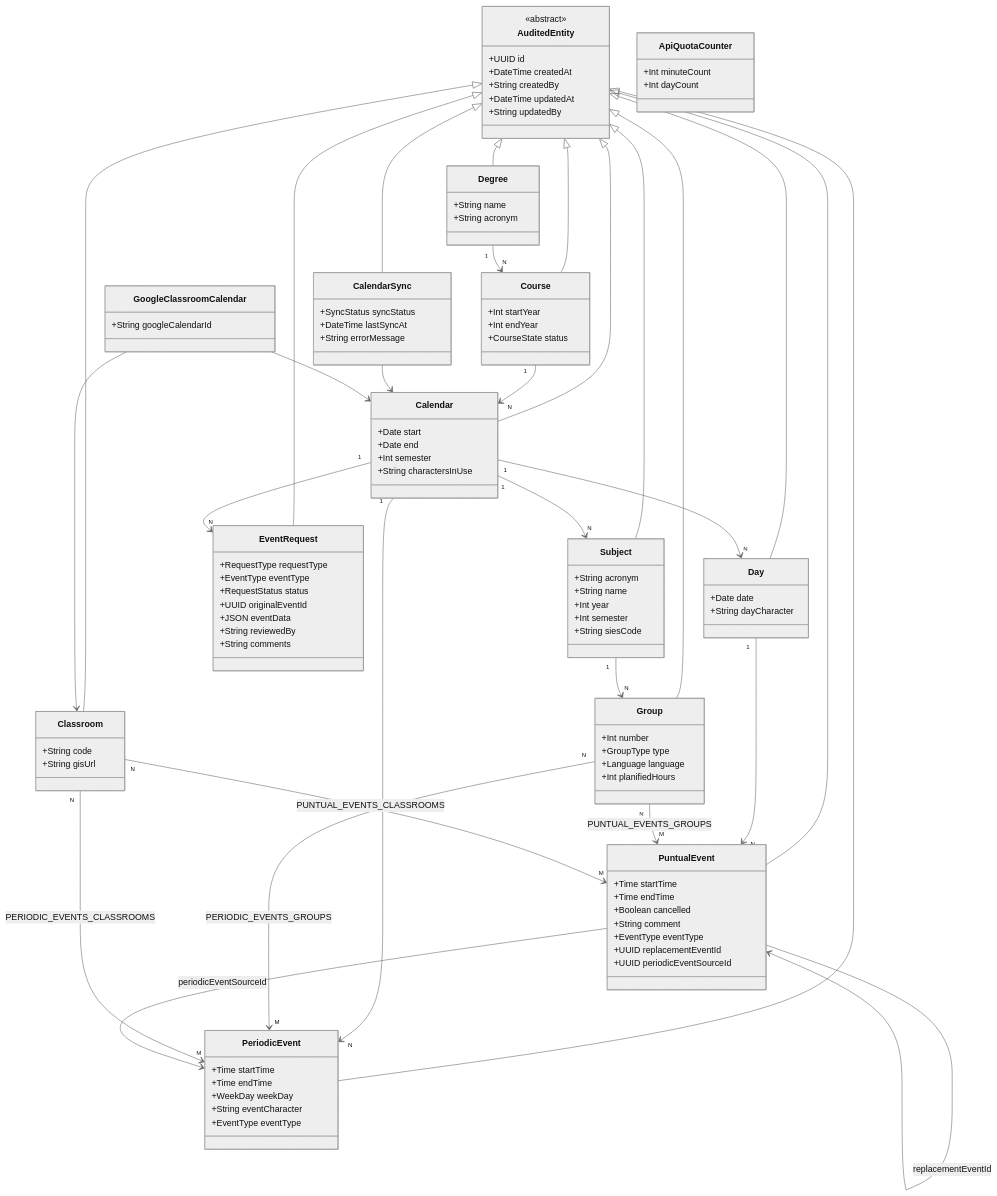
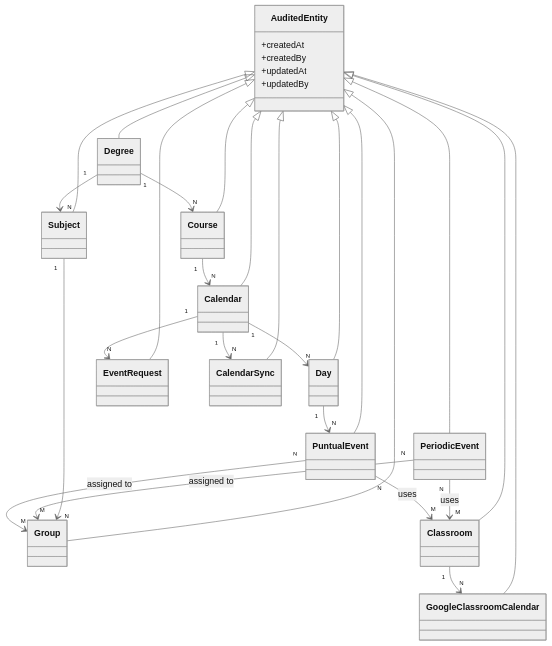
The diagram in docs/capitulo4_system_requirements.md (Murias10/TeachingPlanner), drawn with Mermaid (neutral theme) before and after one commit. The commit also changed other lines of this file and 3 other files, not shown here.

````diff
--- a/docs/capitulo4_system_requirements.md
+++ b/docs/capitulo4_system_requirements.md
@@ -1063,99 +1057,23 @@
 ```mermaid
 classDiagram
     class AuditedEntity {
-        <<abstract>>
-        +UUID id
-        +DateTime createdAt
-        +String createdBy
-        +DateTime updatedAt
-        +String updatedBy
+        +createdAt
+        +createdBy
+        +updatedAt
+        +updatedBy
     }
-
-    class Degree {
-        +String name
-        +String acronym
-    }
-
-    class Course {
-        +Int startYear
-        +Int endYear
-        +CourseState status
-    }
-
-    class Calendar {
-        +Date start
-        +Date end
-        +Int semester
-        +String charactersInUse
-    }
-
-    class Day {
-        +Date date
-        +String dayCharacter
-    }
-
-    class Subject {
-        +String acronym
-        +String name
-        +Int year
-        +Int semester
-        +String siesCode
-    }
-
-    class Group {
-        +Int number
-        +GroupType type
-        +Language language
-        +Int planifiedHours
-    }
-
-    class Classroom {
-        +String code
-        +String gisUrl
-    }
-
-    class PeriodicEvent {
-        +Time startTime
-        +Time endTime
-        +WeekDay weekDay
-        +String eventCharacter
-        +EventType eventType
-    }
-
-    class PuntualEvent {
-        +Time startTime
-        +Time endTime
-        +Boolean cancelled
-        +String comment
-        +EventType eventType
-        +UUID replacementEventId
-        +UUID periodicEventSourceId
-    }
-
-    class EventRequest {
-        +RequestType requestType
-        +EventType eventType
-        +RequestStatus status
-        +UUID originalEventId
-        +JSON eventData
-        +String reviewedBy
-        +String comments
-    }
-
-    class CalendarSync {
-        +SyncStatus syncStatus
-        +DateTime lastSyncAt
-        +String errorMessage
-    }
-
-    class GoogleClassroomCalendar {
-        +String googleCalendarId
-    }
-
-    class ApiQuotaCounter {
-        +Int minuteCount
-        +Int dayCount
-    }
+    class Degree
+    class Course
+    class Calendar
+    class Day
+    class Subject
+    class Group
+    class Classroom
+    class PeriodicEvent
+    class PuntualEvent
+    class EventRequest
+    class CalendarSync
+    class GoogleClassroomCalendar
 
     AuditedEntity <|-- Degree
     AuditedEntity <|-- Course
@@ -1168,22 +1086,19 @@
     AuditedEntity <|-- PuntualEvent
     AuditedEntity <|-- EventRequest
     AuditedEntity <|-- CalendarSync
+    AuditedEntity <|-- GoogleClassroomCalendar
 
     Degree "1" --> "N" Course
+    Degree "1" --> "N" Subject
     Course "1" --> "N" Calendar
+    Subject "1" --> "N" Group
     Calendar "1" --> "N" Day
-    Calendar "1" --> "N" Subject
-    Calendar "1" --> "N" PeriodicEvent
+    Calendar "1" --> "N" EventRequest
+    Calendar "1" --> "N" CalendarSync
     Day "1" --> "N" PuntualEvent
-    Subject "1" --> "N" Group
-    Group "N" --> "M" PeriodicEvent : PERIODIC_EVENTS_GROUPS
-    Group "N" --> "M" PuntualEvent : PUNTUAL_EVENTS_GROUPS
-    Classroom "N" --> "M" PeriodicEvent : PERIODIC_EVENTS_CLASSROOMS
-    Classroom "N" --> "M" PuntualEvent : PUNTUAL_EVENTS_CLASSROOMS
-    PuntualEvent --> PuntualEvent : replacementEventId
-    PuntualEvent --> PeriodicEvent : periodicEventSourceId
-    Calendar "1" --> "N" EventRequest
-    CalendarSync --> Calendar
-    GoogleClassroomCalendar --> Calendar
-    GoogleClassroomCalendar --> Classroom
+    PeriodicEvent "N" --> "M" Group : assigned to
+    PeriodicEvent "N" --> "M" Classroom : uses
+    PuntualEvent "N" --> "M" Group : assigned to
+    PuntualEvent "N" --> "M" Classroom : uses
+    Classroom "1" --> "N" GoogleClassroomCalendar
 ```
````
